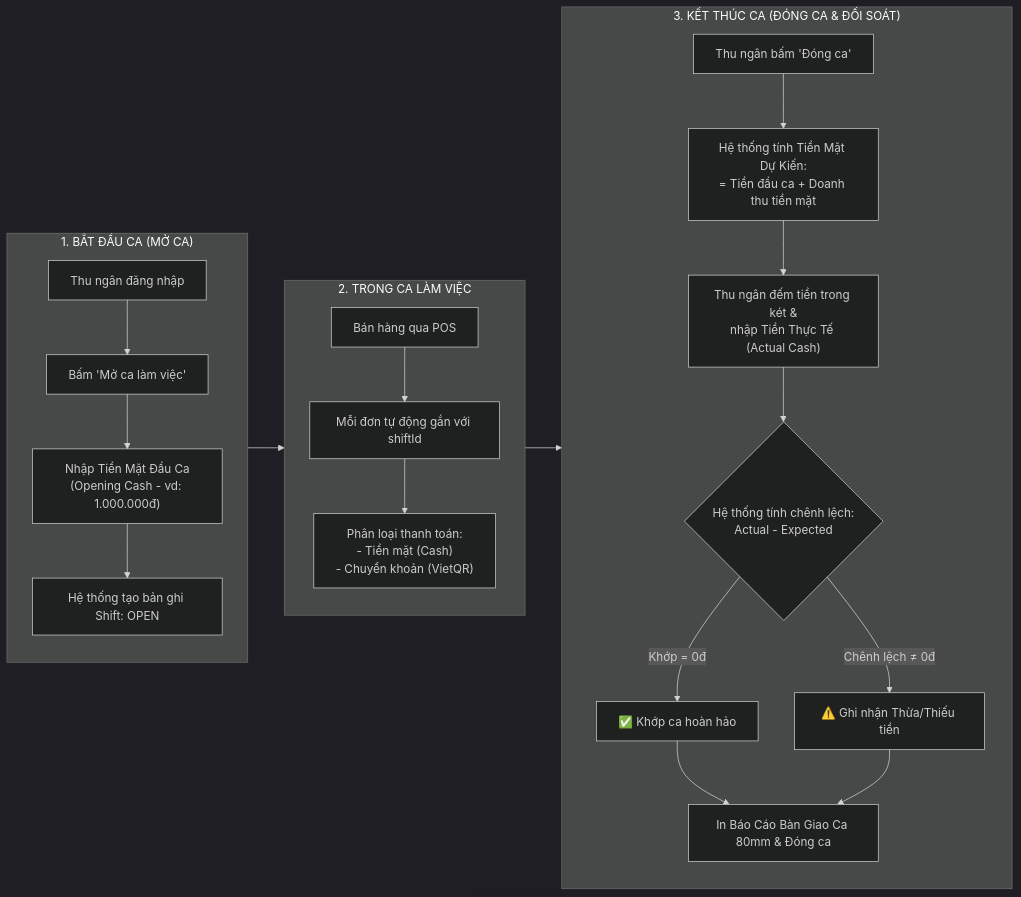
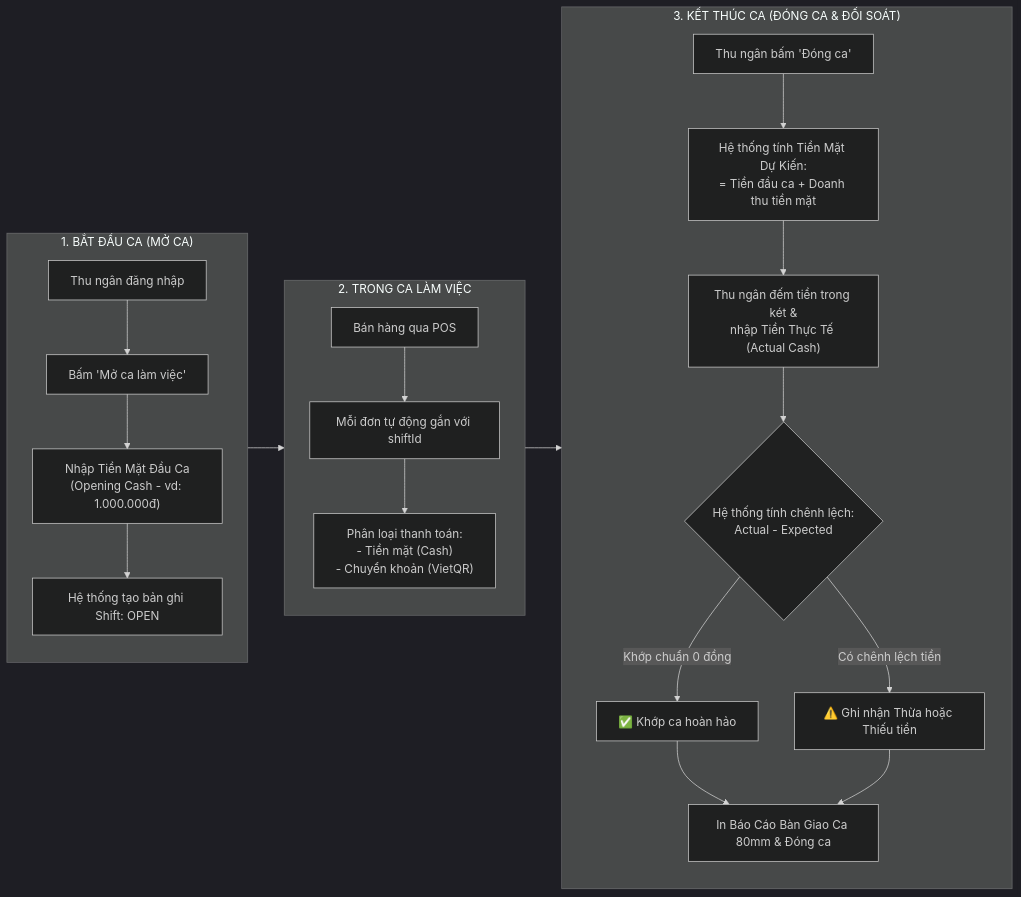
One commit to nguyentanphong-12022k5/POSorder changed the fifth of 5 diagrams in README.md. Above: the diagram before and after it, drawn with Mermaid (dark theme). The commit also changed other lines of this file, not shown here.

Commit message:
docs: fix Mermaid syntax error in section 3.3 link labels

````diff
--- a/README.md
+++ b/README.md
@@ -265,28 +265,28 @@
 ```mermaid
 flowchart LR
     subgraph S1["1. BẮT ĐẦU CA (MỞ CA)"]
         direction TB
         A1["Thu ngân đăng nhập"] --> A2["Bấm 'Mở ca làm việc'"]
         A2 --> A3["Nhập Tiền Mặt Đầu Ca<br/>(Opening Cash - vd: 1.000.000đ)"]
         A3 --> A4["Hệ thống tạo bản ghi Shift: OPEN"]
     end
 
     subgraph S2["2. TRONG CA LÀM VIỆC"]
         direction TB
         B1["Bán hàng qua POS"] --> B2["Mỗi đơn tự động gắn với shiftId"]
         B2 --> B3["Phân loại thanh toán:<br/>- Tiền mặt (Cash)<br/>- Chuyển khoản (VietQR)"]
     end
 
     subgraph S3["3. KẾT THÚC CA (ĐÓNG CA & ĐỐI SOÁT)"]
         direction TB
         C1["Thu ngân bấm 'Đóng ca'"] --> C2["Hệ thống tính Tiền Mặt Dự Kiến:<br/>= Tiền đầu ca + Doanh thu tiền mặt"]
         C2 --> C3["Thu ngân đếm tiền trong két &<br/>nhập Tiền Thực Tế (Actual Cash)"]
         C3 --> C4{"Hệ thống tính chênh lệch:<br/>Actual - Expected"}
-        C4 -->|Khớp = 0đ| D1["✅ Khớp ca hoàn hảo"]
-        C4 -->|Chênh lệch ≠ 0đ| D2["⚠️ Ghi nhận Thừa/Thiếu tiền"]
+        C4 -->|Khớp chuẩn 0 đồng| D1["✅ Khớp ca hoàn hảo"]
+        C4 -->|Có chênh lệch tiền| D2["⚠️ Ghi nhận Thừa hoặc Thiếu tiền"]
         D1 --> E["In Báo Cáo Bàn Giao Ca 80mm & Đóng ca"]
         D2 --> E
     end
 
     S1 --> S2 --> S3
 ```
````
